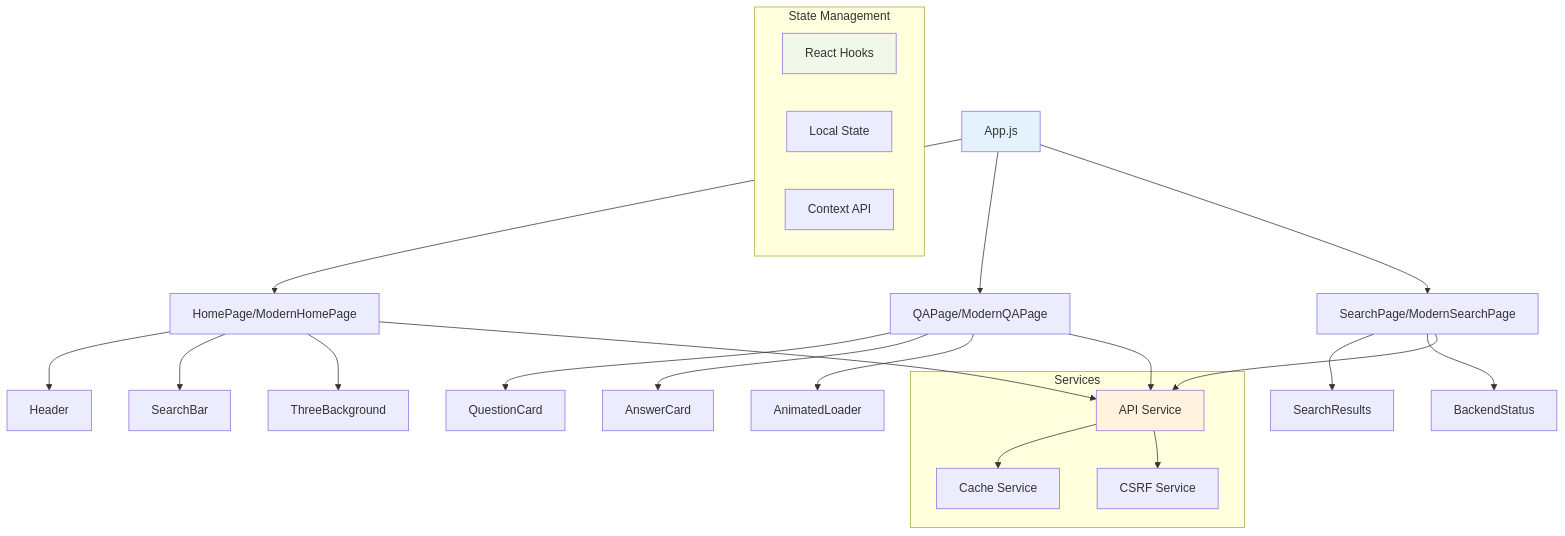
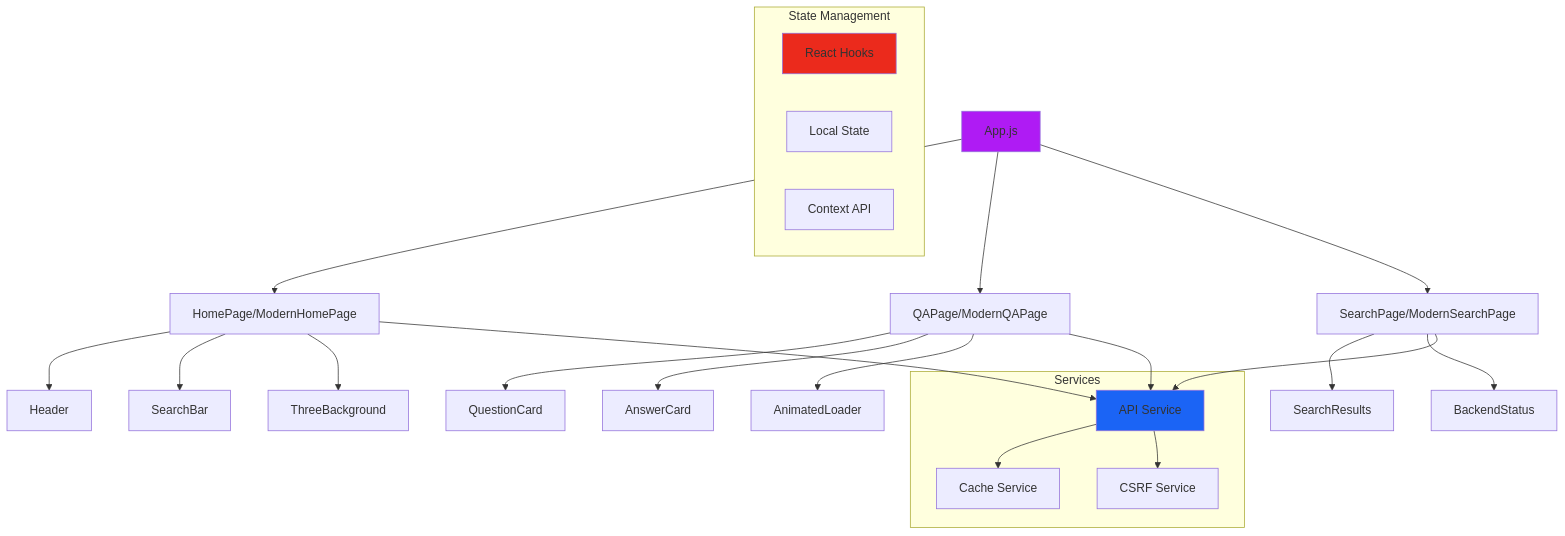
The fifth of 5 diagrams in README.md (devesh0693/EduQA), drawn with Mermaid before and after one commit. The commit also changed other lines of this file, not shown here.

````diff
--- a/README.md
+++ b/README.md
@@ -212,40 +212,40 @@
 ```mermaid
 graph TD
     A[App.js] --> B[HomePage/ModernHomePage]
     A --> C[QAPage/ModernQAPage]
     A --> D[SearchPage/ModernSearchPage]
     
     B --> E[Header]
     B --> F[SearchBar]
     B --> G[ThreeBackground]
     
     C --> H[QuestionCard]
     C --> I[AnswerCard]
     C --> J[AnimatedLoader]
     
     D --> K[SearchResults]
     D --> L[BackendStatus]
     
     subgraph "Services"
         M[API Service]
         N[Cache Service]
         O[CSRF Service]
     end
     
     subgraph "State Management"
         P[React Hooks]
         Q[Local State]
         R[Context API]
     end
     
     B --> M
     C --> M
     D --> M
     
     M --> N
     M --> O
     
-    style A fill:#e3f2fd
-    style M fill:#fff3e0
-    style P fill:#f1f8e9
+    style A fill:#AF1BF4
+    style M fill:#1B64F5
+    style P fill:#EB2A1C
 ```
````
